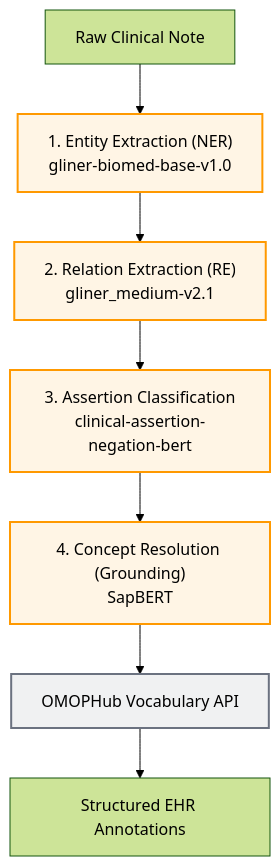
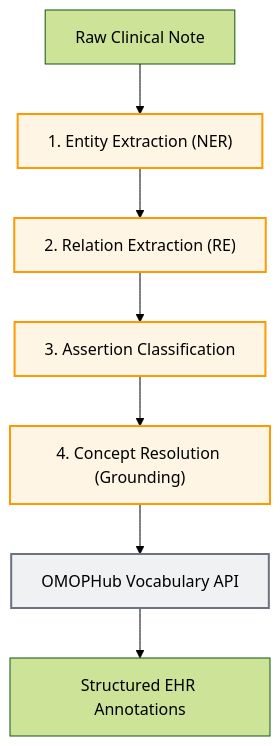
One commit to harsh-vardhhan/EHR-backend changed the first of 3 diagrams in README.md. Above: the diagram before and after it, drawn with Mermaid (forest theme). The commit also changed other lines of this file, not shown here.

Commit message:
docs: remove redundant task explanations and simplify diagram labels

````diff
--- a/README.md
+++ b/README.md
@@ -35,14 +35,14 @@
 ```mermaid
 graph TD
-    Raw["Raw Clinical Note"] --> Step1["1. Entity Extraction (NER)<br/>gliner-biomed-base-v1.0"]
-    Step1 --> Step2["2. Relation Extraction (RE)<br/>gliner_medium-v2.1"]
-    Step2 --> Step3["3. Assertion Classification<br/>clinical-assertion-negation-bert"]
-    Step3 --> Step4["4. Concept Resolution (Grounding)<br/>SapBERT"]
+    Raw["Raw Clinical Note"] --> Step1["1. Entity Extraction (NER)"]
+    Step1 --> Step2["2. Relation Extraction (RE)"]
+    Step2 --> Step3["3. Assertion Classification"]
+    Step3 --> Step4["4. Concept Resolution (Grounding)"]
     Step4 --> OMOP["OMOPHub Vocabulary API"]
     OMOP --> Final["Structured EHR Annotations"]
 
     classDef step fill:#ff9900,fill-opacity:0.1,stroke:#ff9900,stroke-width:2px;
     classDef ext fill:#6b7280,fill-opacity:0.1,stroke:#6b7280,stroke-width:2px;
     class Step1,Step2,Step3,Step4 step;
     class OMOP ext;
 ```
````
